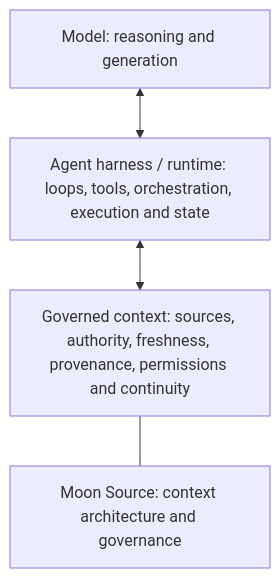
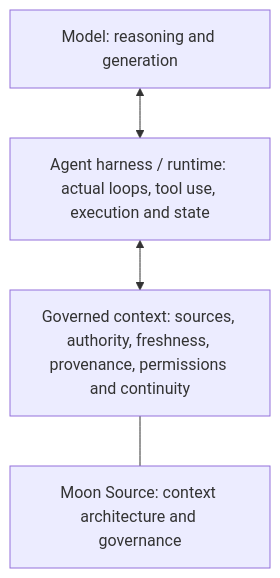
The diagram in README.md (luahelenammc/Moon-Source), drawn with Mermaid before and after one commit. The commit also changed other lines of this file and 1 other file, not shown here.

Commit message:
Rebase README navigation around Adaptive Orchestration (#99)

````diff
--- a/README.md
+++ b/README.md
@@ -86,10 +104,10 @@
 ```mermaid
 flowchart TB
     model["Model: reasoning and generation"]
-    harness["Agent harness / runtime: loops, tools, orchestration, execution and state"]
+    harness["Agent harness / runtime: actual loops, tool use, execution and state"]
     context["Governed context: sources, authority, freshness, provenance, permissions and continuity"]
     moon["Moon Source: context architecture and governance"]
     model <--> harness
     harness <--> context
     context --- moon
 ```
````
